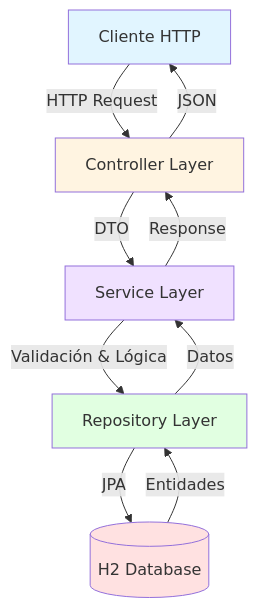
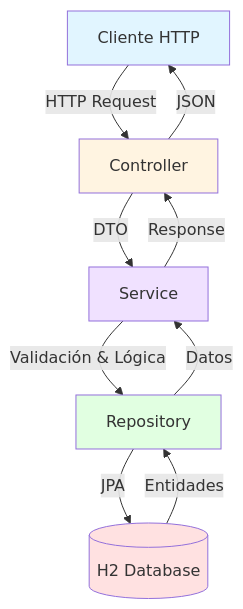
One commit to metaluchox/java-integracion-bci changed the diagram in README.md. Above: the diagram before and after it, drawn with Mermaid.

Commit message:
se corrigue readme

````diff
--- a/README.md
+++ b/README.md
@@ -47,23 +47,23 @@
 ```mermaid
 graph TB
     Cliente[Cliente HTTP]
-    Controller[Controller Layer]
-    Service[Service Layer]
-    Repository[Repository Layer]
+    Controller[Controller]
+    Service[Service]
+    Repository[Repository]
     DB[(H2 Database)]
 
     Cliente -->|HTTP Request| Controller
     Controller -->|DTO| Service
     Service -->|Validación & Lógica| Repository
     Repository -->|JPA| DB
     DB -->|Entidades| Repository
     Repository -->|Datos| Service
     Service -->|Response| Controller
     Controller -->|JSON| Cliente
 
     style Cliente fill:#e1f5ff
     style Controller fill:#fff4e1
     style Service fill:#f0e1ff
     style Repository fill:#e1ffe1
     style DB fill:#ffe1e1
 ```
````
